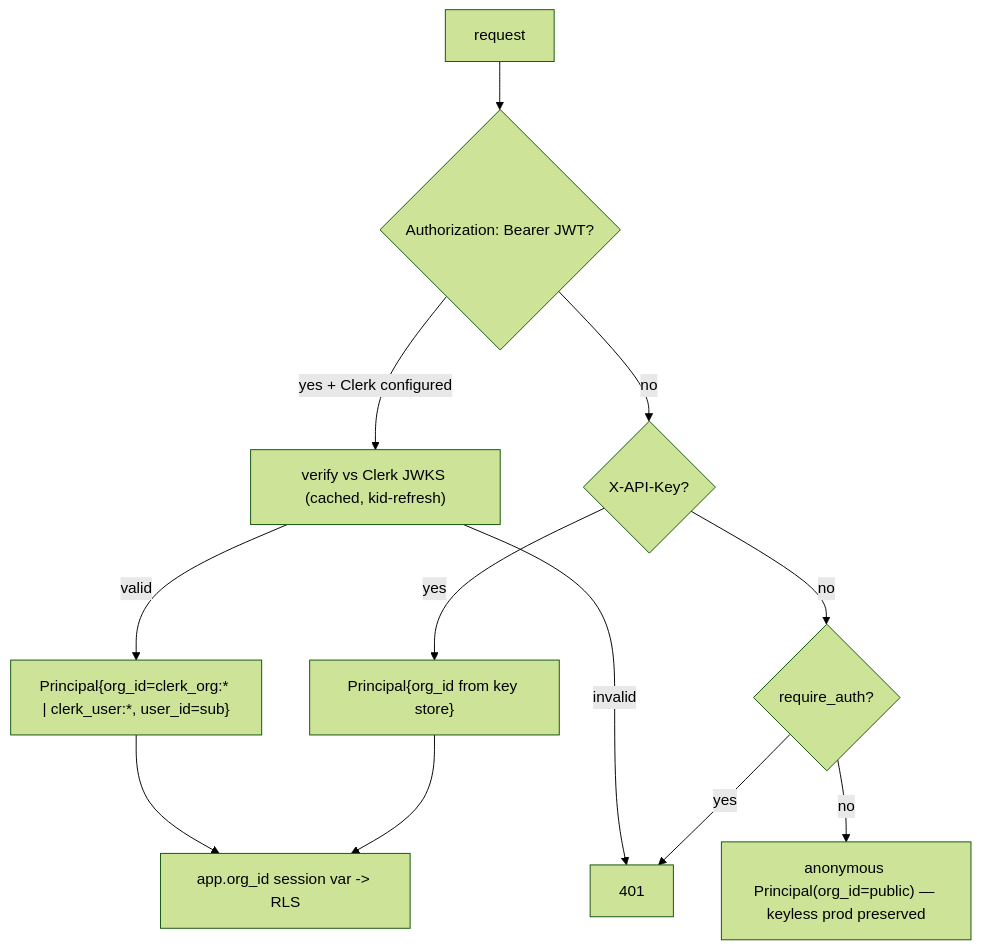
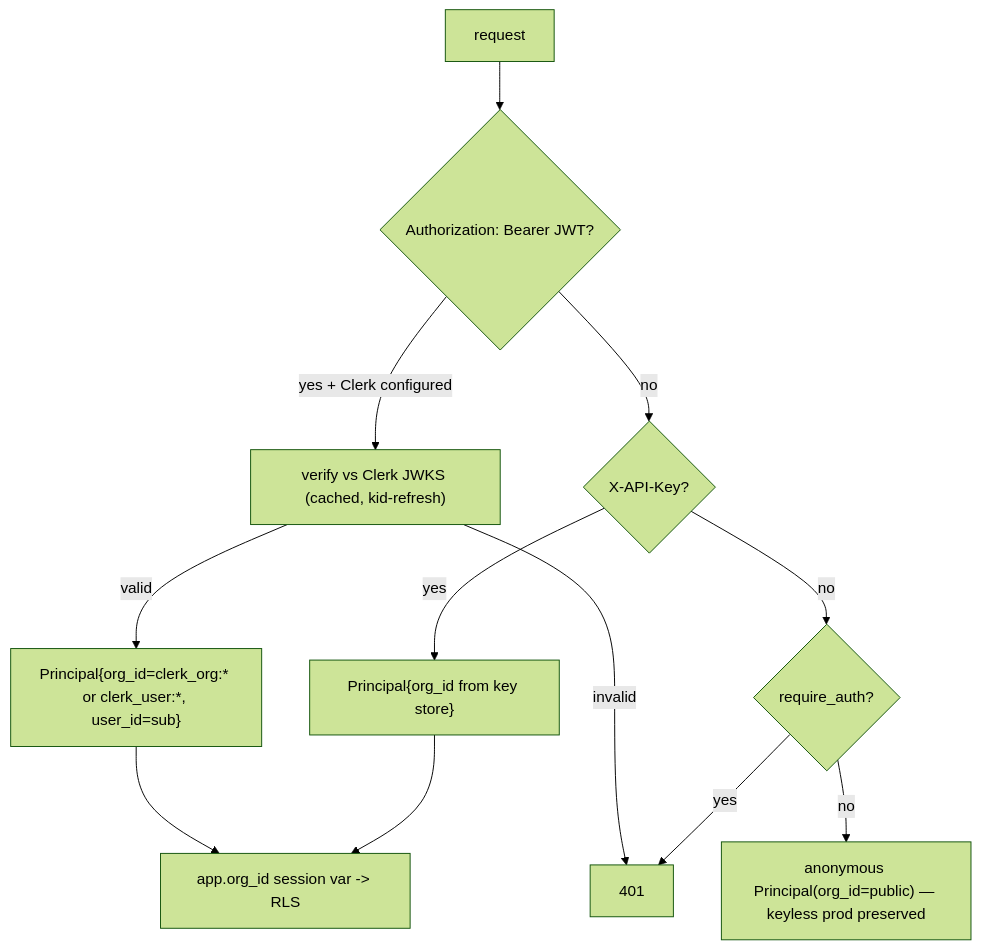
Diagram 27 of 54 in docs/architecture/DIAGRAMS.md (ArkashJ/Strata), drawn with Mermaid (forest theme) before and after one commit. The commit also changed other lines of this file and 3 other files, not shown here.

First line of the commit message:
fix(resolver): token-coverage concept matching (kill false-positive TAMs) + 13 architecture diagrams (#123)

````diff
--- a/docs/architecture/DIAGRAMS.md
+++ b/docs/architecture/DIAGRAMS.md
@@ -412,14 +436,14 @@
 ```mermaid
 flowchart TD
   Req["request"] --> H{"Authorization: Bearer JWT?"}
   H -->|"yes + Clerk configured"| Vv["verify vs Clerk JWKS (cached, kid-refresh)"]
-  Vv -->|valid| P1["Principal{org_id=clerk_org:* | clerk_user:*, user_id=sub}"]
+  Vv -->|valid| P1["Principal{org_id=clerk_org:* or clerk_user:*, user_id=sub}"]
   Vv -->|invalid| E401["401"]
   H -->|no| K{"X-API-Key?"}
   K -->|yes| P2["Principal{org_id from key store}"]
   K -->|no| AN{"require_auth?"}
   AN -->|yes| E401
   AN -->|no| P3["anonymous Principal(org_id=public) — keyless prod preserved"]
   P1 --> RLS["app.org_id session var -> RLS"]
   P2 --> RLS
 ```
````
